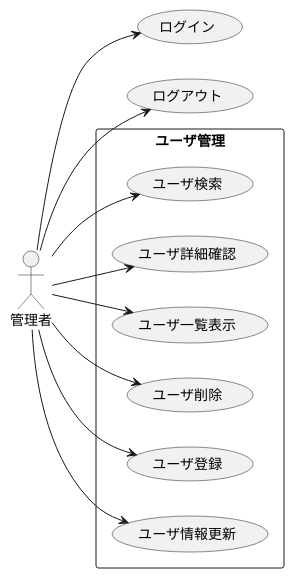
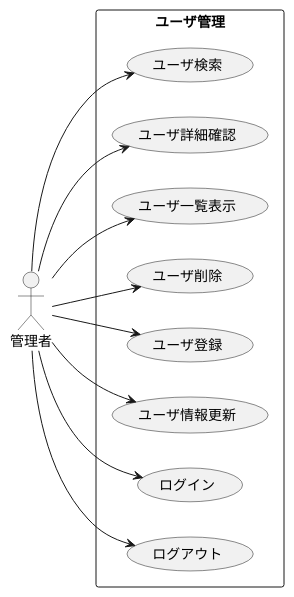
Before and after one commit to toufu66/ProjectC: the diagram in uml/usecase.pu, drawn with PlantUML.

Commit message:
ユースケース図

```diff
--- a/uml/usecase.pu
+++ b/uml/usecase.pu
@@ -1,15 +1,16 @@
 @startuml
 actor 管理者
 left to right direction
 rectangle ユーザ管理{
 	管理者 --> (ユーザ検索)
 	管理者 --> (ユーザ詳細確認)
 	管理者 --> (ユーザ一覧表示)
 	管理者 --> (ユーザ削除)
 	管理者 --> (ユーザ登録)
 	管理者 --> (ユーザ情報更新)
+	管理者 --> (ログイン)
+	管理者 --> (ログアウト)
 
 }
-管理者 --> (ログイン)
-管理者 --> (ログアウト)
+
 @enduml
```
